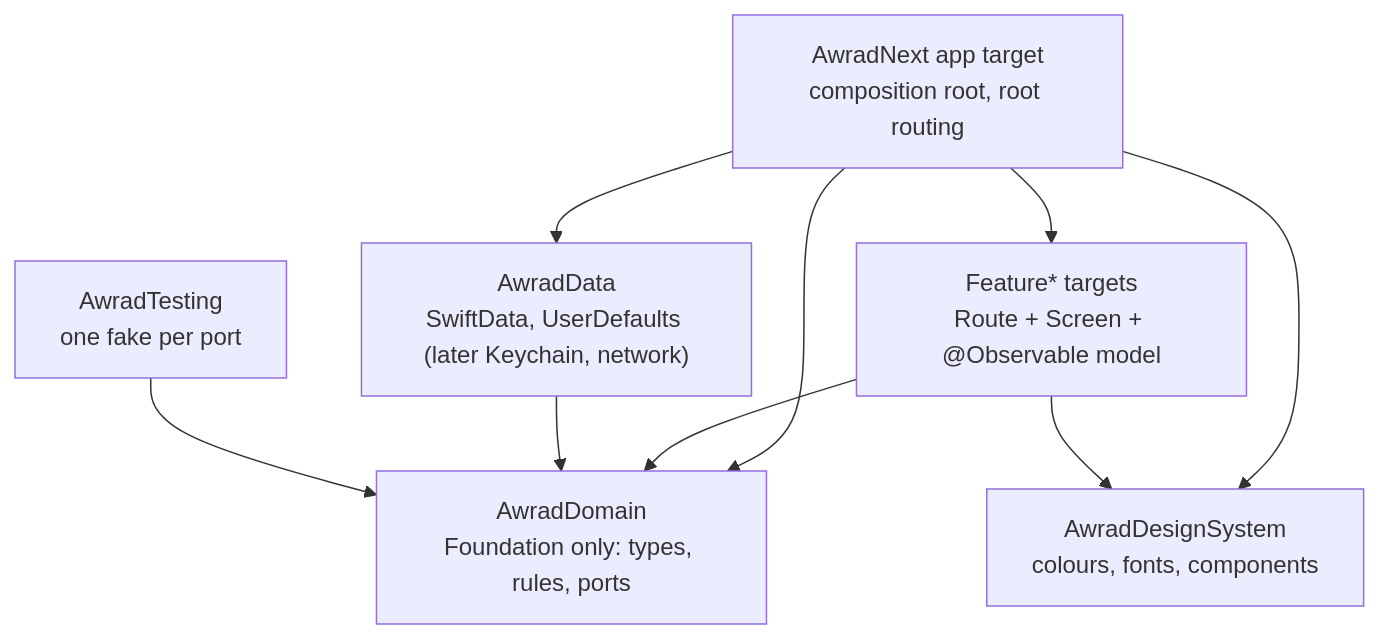
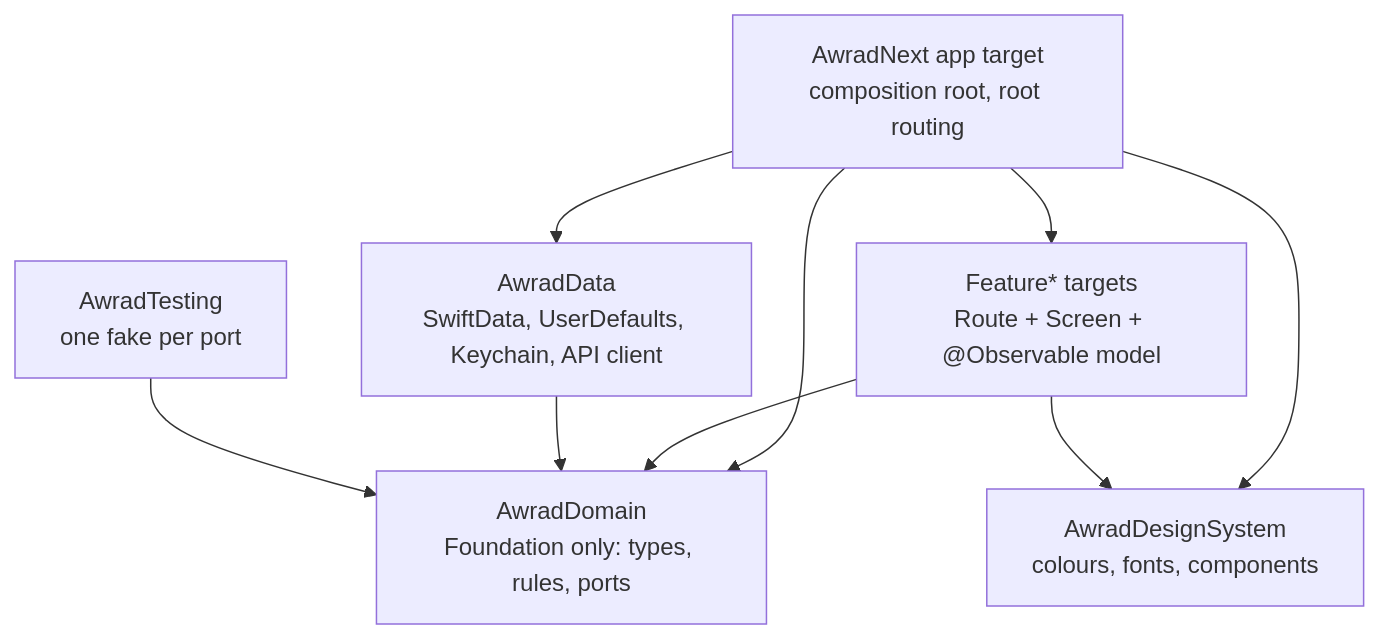
Before and after one commit to shibilyt/awrad: the diagram in awrad-ios-next/ARCHITECTURE.md, drawn with Mermaid. The commit also changed other lines of this file and 36 other files, not shown here.

````diff
--- a/awrad-ios-next/ARCHITECTURE.md
+++ b/awrad-ios-next/ARCHITECTURE.md
@@ -11,13 +11,13 @@
 ```mermaid
 flowchart TD
   app["AwradNext app target<br/>composition root, root routing"]
   feat["Feature* targets<br/>Route + Screen + @Observable model"]
   domain["AwradDomain<br/>Foundation only: types, rules, ports"]
-  data["AwradData<br/>SwiftData, UserDefaults (later Keychain, network)"]
+  data["AwradData<br/>SwiftData, UserDefaults, Keychain, API client"]
   ds["AwradDesignSystem<br/>colours, fonts, components"]
   testing["AwradTesting<br/>one fake per port"]
   app --> feat & data & ds & domain
   feat --> domain & ds
   data --> domain
   testing --> domain
 ```
````
